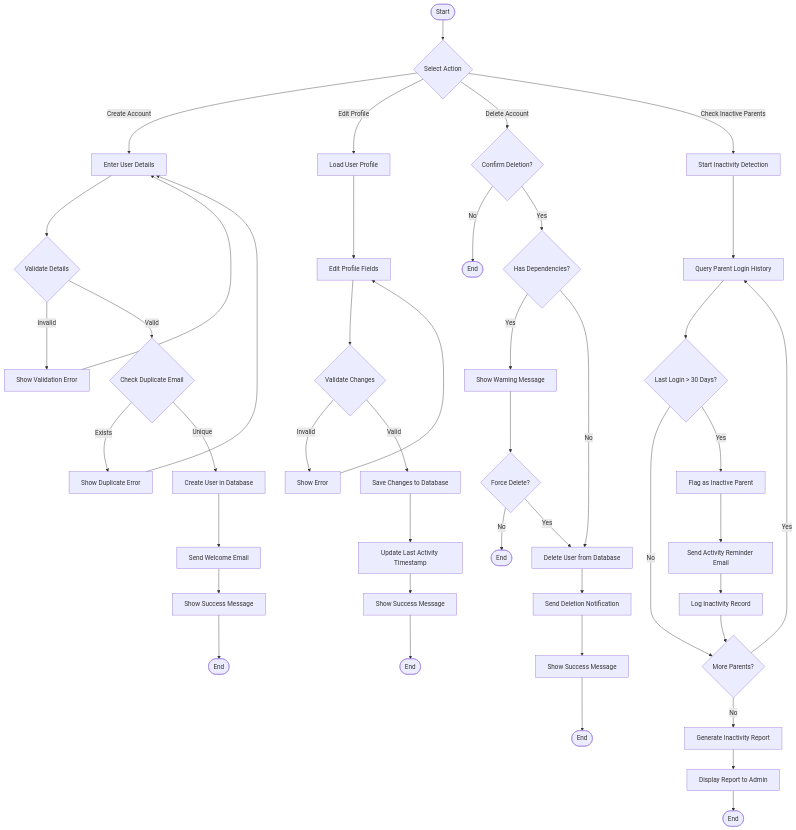
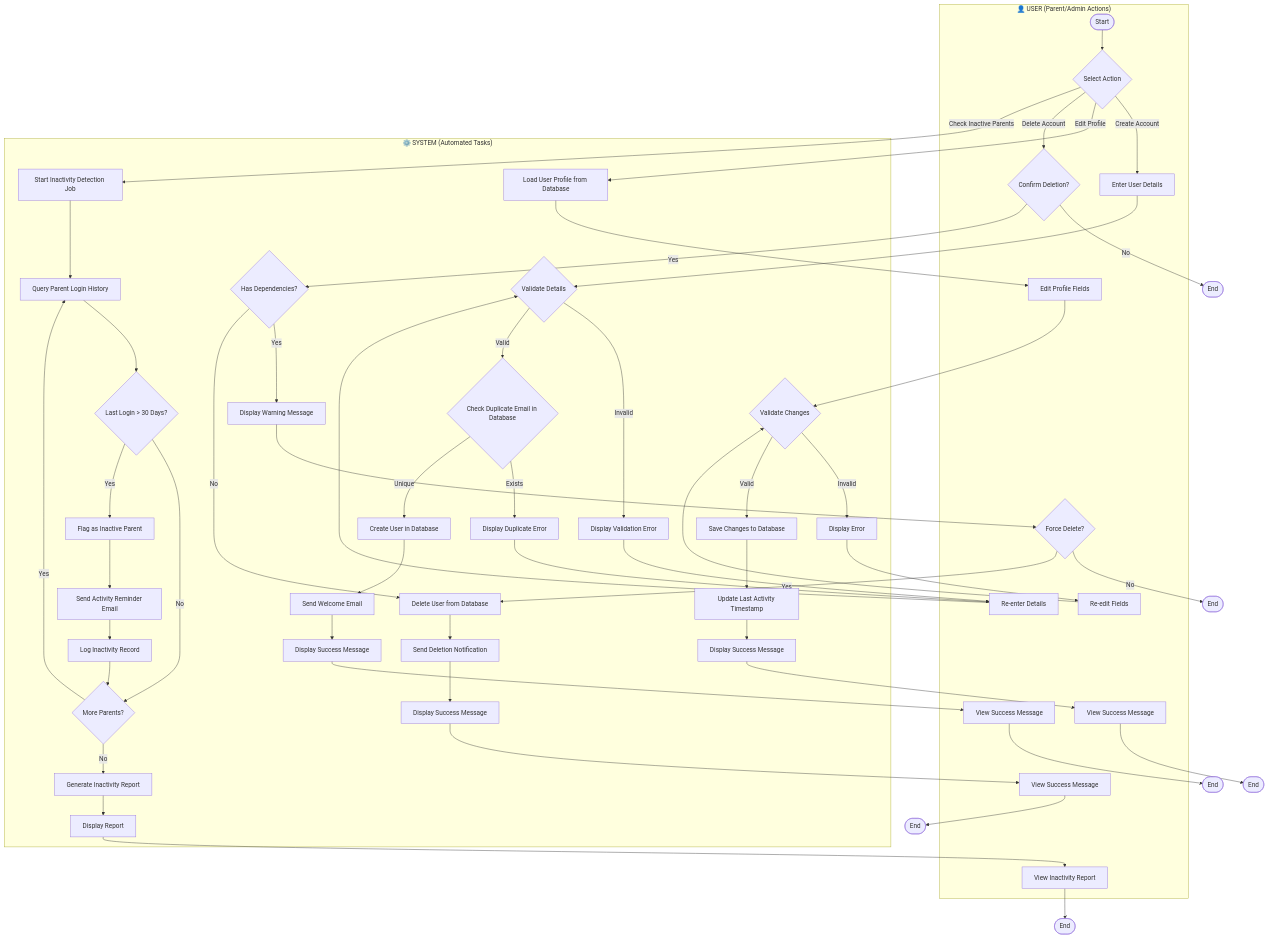
One commit to TongYwen/childfyp5 changed the eighth of 18 diagrams in diagrams.md. Above: the diagram before and after it, drawn with Mermaid. The commit also changed other lines of this file, not shown here.

First line of the commit message:
Add swimlanes to all activity diagrams (4.2.1-4.2.6) to distinguish user vs system tasks

````diff
--- a/diagrams.md
+++ b/diagrams.md
@@ -277,51 +314,102 @@
 ```mermaid
 flowchart TD
-    Start([Start]) --> SelectAction{Select Action}
-    SelectAction -->|Create Account| EnterDetails[Enter User Details]
-    SelectAction -->|Edit Profile| LoadProfile[Load User Profile]
-    SelectAction -->|Delete Account| ConfirmDelete{Confirm Deletion?}
-    SelectAction -->|Check Inactive Parents| StartDetection[Start Inactivity Detection]
+    subgraph User["👤 USER (Parent/Admin Actions)"]
+        Start([Start])
+        SelectAction{Select Action}
+        EnterDetails[Enter User Details]
+        ReEnterDetails[Re-enter Details]
+        EditFields[Edit Profile Fields]
+        ReEditFields[Re-edit Fields]
+        ConfirmDelete{Confirm Deletion?}
+        ForceDelete{Force Delete?}
+        ViewSuccess1[View Success Message]
+        ViewSuccess2[View Success Message]
+        ViewSuccess3[View Success Message]
+        ViewReport[View Inactivity Report]
+    end
 
-    EnterDetails --> ValidateDetails{Validate Details}
-    ValidateDetails -->|Invalid| ShowValidationError[Show Validation Error]
-    ShowValidationError --> EnterDetails
-    ValidateDetails -->|Valid| CheckDuplicate{Check Duplicate Email}
-    CheckDuplicate -->|Exists| ShowDuplicateError[Show Duplicate Error]
-    ShowDuplicateError --> EnterDetails
-    CheckDuplicate -->|Unique| CreateUser[Create User in Database]
-    CreateUser --> SendWelcomeEmail[Send Welcome Email]
-    SendWelcomeEmail --> Success1[Show Success Message]
-    Success1 --> End1([End])
+    subgraph System["⚙️ SYSTEM (Automated Tasks)"]
+        LoadProfile[Load User Profile from Database]
+        ValidateDetails{Validate Details}
+        ShowValidationError[Display Validation Error]
+        CheckDuplicate{Check Duplicate Email in Database}
+        ShowDuplicateError[Display Duplicate Error]
+        CreateUser[Create User in Database]
+        SendWelcomeEmail[Send Welcome Email]
+        ShowSuccess1[Display Success Message]
+        ValidateChanges{Validate Changes}
+        ShowError2[Display Error]
+        SaveChanges[Save Changes to Database]
+        UpdateTimestamp[Update Last Activity Timestamp]
+        ShowSuccess2[Display Success Message]
+        CheckDependencies{Has Dependencies?}
+        ShowWarning[Display Warning Message]
+        DeleteUser[Delete User from Database]
+        SendNotification[Send Deletion Notification]
+        ShowSuccess3[Display Success Message]
+        StartDetection[Start Inactivity Detection Job]
+        QueryDB[Query Parent Login History]
+        CheckLastLogin{Last Login > 30 Days?}
+        FlagInactive[Flag as Inactive Parent]
+        SendReminder[Send Activity Reminder Email]
+        LogInactivity[Log Inactivity Record]
+        CheckNext{More Parents?}
+        GenerateReport[Generate Inactivity Report]
+        DisplayReport[Display Report]
+    end
 
-    LoadProfile --> EditFields[Edit Profile Fields]
-    EditFields --> ValidateChanges{Validate Changes}
-    ValidateChanges -->|Invalid| ShowError2[Show Error]
-    ShowError2 --> EditFields
-    ValidateChanges -->|Valid| SaveChanges[Save Changes to Database]
-    SaveChanges --> UpdateTimestamp[Update Last Activity Timestamp]
-    UpdateTimestamp --> Success2[Show Success Message]
-    Success2 --> End2([End])
+    Start --> SelectAction
+    SelectAction -->|Create Account| EnterDetails
+    SelectAction -->|Edit Profile| LoadProfile
+    SelectAction -->|Delete Account| ConfirmDelete
+    SelectAction -->|Check Inactive Parents| StartDetection
+
+    EnterDetails --> ValidateDetails
+    ValidateDetails -->|Invalid| ShowValidationError
+    ShowValidationError --> ReEnterDetails
+    ReEnterDetails --> ValidateDetails
+    ValidateDetails -->|Valid| CheckDuplicate
+    CheckDuplicate -->|Exists| ShowDuplicateError
+    ShowDuplicateError --> ReEnterDetails
+    CheckDuplicate -->|Unique| CreateUser
+    CreateUser --> SendWelcomeEmail
+    SendWelcomeEmail --> ShowSuccess1
+    ShowSuccess1 --> ViewSuccess1
+    ViewSuccess1 --> End1([End])
+
+    LoadProfile --> EditFields
+    EditFields --> ValidateChanges
+    ValidateChanges -->|Invalid| ShowError2
+    ShowError2 --> ReEditFields
+    ReEditFields --> ValidateChanges
+    ValidateChanges -->|Valid| SaveChanges
+    SaveChanges --> UpdateTimestamp
+    UpdateTimestamp --> ShowSuccess2
+    ShowSuccess2 --> ViewSuccess2
+    ViewSuccess2 --> End2([End])
 
     ConfirmDelete -->|No| End3([End])
-    ConfirmDelete -->|Yes| CheckDependencies{Has Dependencies?}
-    CheckDependencies -->|Yes| ShowWarning[Show Warning Message]
-    ShowWarning --> ForceDelete{Force Delete?}
+    ConfirmDelete -->|Yes| CheckDependencies
+    CheckDependencies -->|Yes| ShowWarning
+    ShowWarning --> ForceDelete
     ForceDelete -->|No| End4([End])
     ForceDelete -->|Yes| DeleteUser
-    CheckDependencies -->|No| DeleteUser[Delete User from Database]
-    DeleteUser --> NotifyUser[Send Deletion Notification]
-    NotifyUser --> Success3[Show Success Message]
-    Success3 --> End5([End])
+    CheckDependencies -->|No| DeleteUser
+    DeleteUser --> SendNotification
+    SendNotification --> ShowSuccess3
+    ShowSuccess3 --> ViewSuccess3
+    ViewSuccess3 --> End5([End])
 
-    StartDetection --> QueryDatabase[Query Parent Login History]
-    QueryDatabase --> CheckLastLogin{Last Login > 30 Days?}
-    CheckLastLogin -->|No| CheckNext{More Parents?}
-    CheckLastLogin -->|Yes| FlagInactive[Flag as Inactive Parent]
-    FlagInactive --> SendReminder[Send Activity Reminder Email]
-    SendReminder --> LogInactivity[Log Inactivity Record]
+    StartDetection --> QueryDB
+    QueryDB --> CheckLastLogin
+    CheckLastLogin -->|No| CheckNext
+    CheckLastLogin -->|Yes| FlagInactive
+    FlagInactive --> SendReminder
+    SendReminder --> LogInactivity
     LogInactivity --> CheckNext
-    CheckNext -->|Yes| QueryDatabase
-    CheckNext -->|No| GenerateReport[Generate Inactivity Report]
-    GenerateReport --> DisplayReport[Display Report to Admin]
-    DisplayReport --> End6([End])
+    CheckNext -->|Yes| QueryDB
+    CheckNext -->|No| GenerateReport
+    GenerateReport --> DisplayReport
+    DisplayReport --> ViewReport
+    ViewReport --> End6([End])
 ```
````
